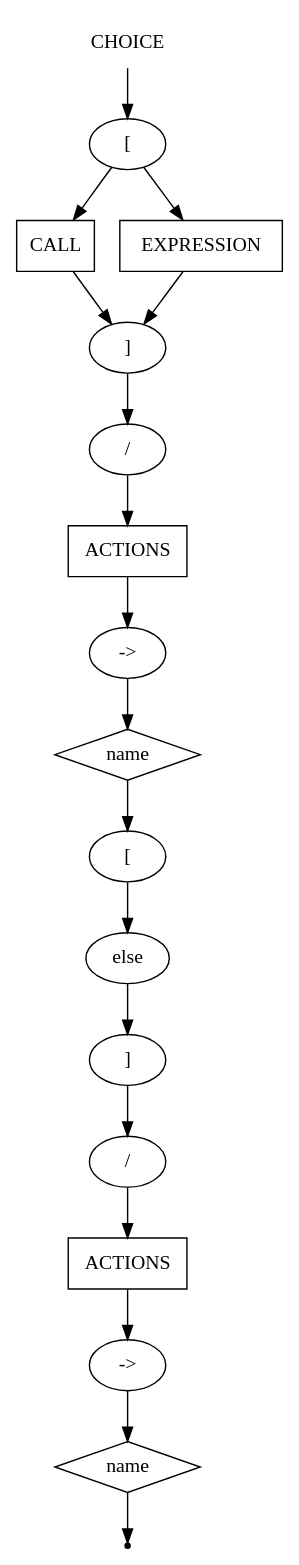
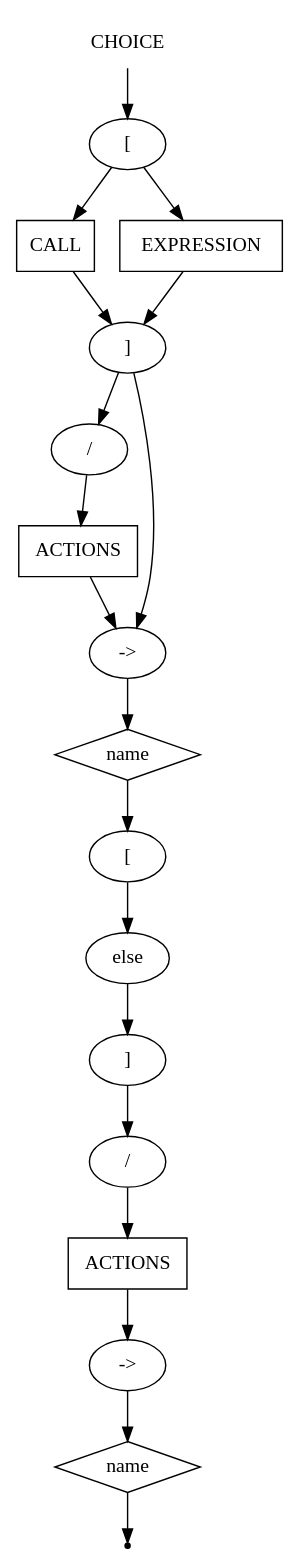
Before and after one commit to AnsKaz-yu/CIAO-V.3: the diagram in ciao_gv/choice.gv, drawn with Graphviz. The commit also changed 9 other files, not shown here.

Commit message:
edit virt diagram

```diff
--- a/ciao_gv/choice.gv
+++ b/ciao_gv/choice.gv
@@ -1,36 +1,37 @@
 digraph CHOICE {
     start [label=CHOICE shape=plaintext]
     A [label="[" shape=oval]
     B [label=CALL shape=box]
     C [label=EXPRESSION shape=box]
     D [label="]" shape=oval]
     E [label="/" shape=oval]
     F [label=ACTIONS shape=box]
     G [label="->" shape=oval]
     H [label=name shape=diamond]
     I [label="[" shape=oval]
     J [label=else shape=oval]
     K [label="]" shape=oval]
     L [label="/" shape=oval]
     M [label=ACTIONS shape=box]
     N [label="->" shape=oval]
     O [label=name shape=diamond]
     end [label="" shape=point]
     start -> A
     A -> B
     A -> C
     B -> D
     C -> D
+    D -> G
     D -> E
     E -> F
     F -> G
     G -> H
     H -> I
     I -> J
     J -> K
     K -> L
     L -> M
     M -> N
     N -> O
     O -> end
 }
```
